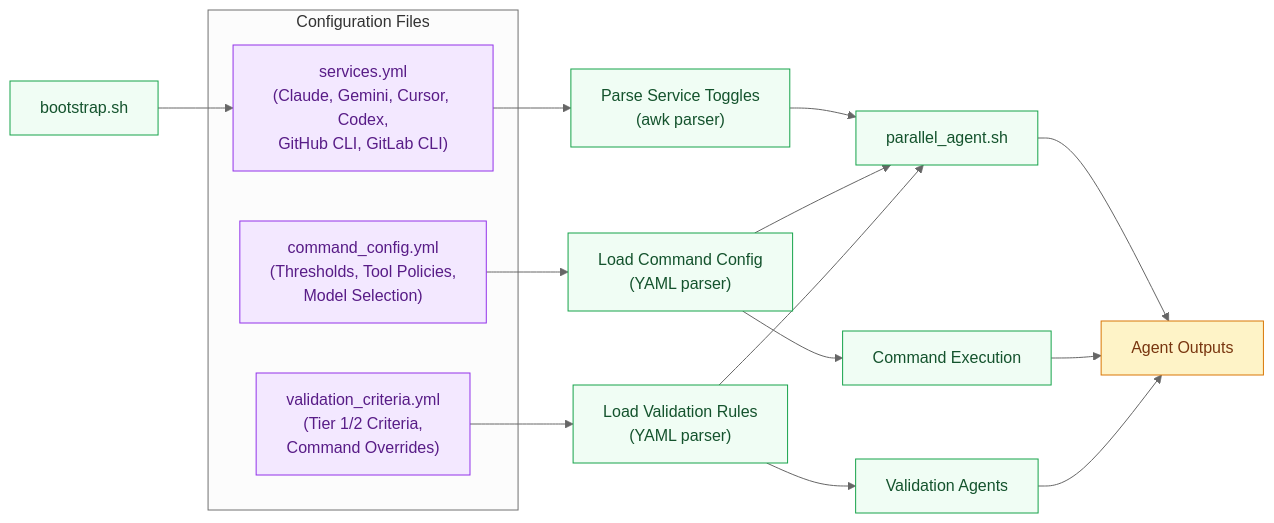
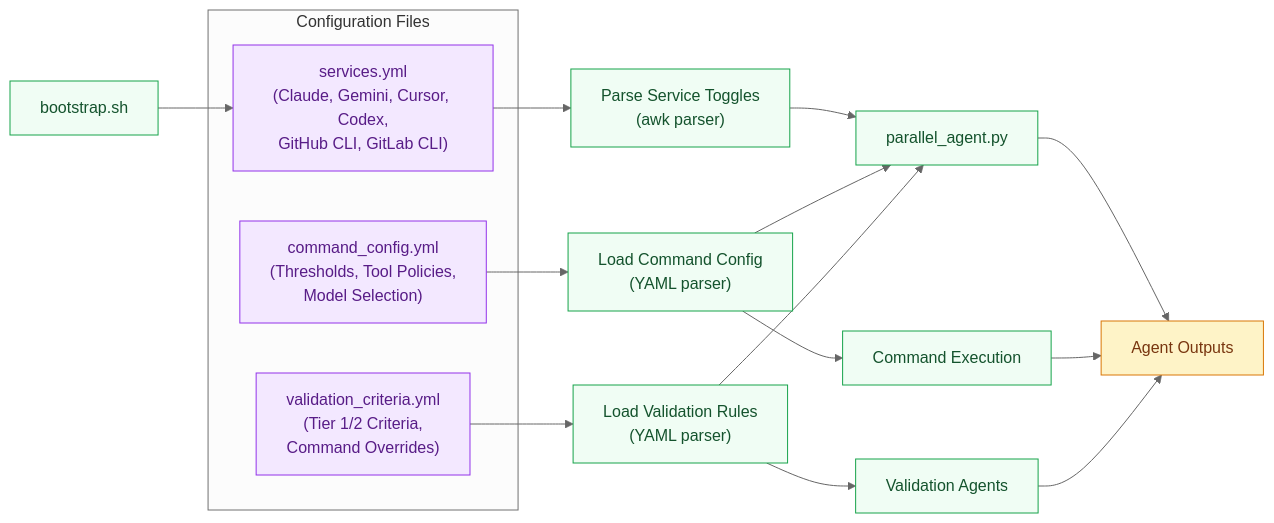
The ninth of 13 diagrams in docs/ARCHITECTURE_DIAGRAMS.md (RB-chrismandich/Manifest), drawn with Mermaid before and after one commit. The commit also changed other lines of this file and 55 other files, not shown here.

Commit message:
refactor: repoint live references parallel_agent.sh -> .py (#256)

````diff
--- a/docs/ARCHITECTURE_DIAGRAMS.md
+++ b/docs/ARCHITECTURE_DIAGRAMS.md
@@ -787,39 +787,39 @@
 ```mermaid
 %%{init: {'theme':'neutral'}}%%
 flowchart LR
     classDef config fill:#f3e8ff,stroke:#9333ea,color:#581c87
     classDef process fill:#f0fdf4,stroke:#16a34a,color:#14532d
     classDef output fill:#fef3c7,stroke:#d97706,color:#78350f
 
     BOOTSTRAP["bootstrap.sh"]:::process
 
     subgraph "Configuration Files"
         SERVICES["services.yml<br/>(Claude, Gemini, Cursor, Codex,<br/>GitHub CLI, GitLab CLI)"]:::config
         COMMAND_CFG["command_config.yml<br/>(Thresholds, Tool Policies,<br/>Model Selection)"]:::config
         VALIDATION["validation_criteria.yml<br/>(Tier 1/2 Criteria,<br/>Command Overrides)"]:::config
     end
 
     PARSE_SERVICES["Parse Service Toggles<br/>(awk parser)"]:::process
     PARSE_COMMAND["Load Command Config<br/>(YAML parser)"]:::process
     PARSE_VALID["Load Validation Rules<br/>(YAML parser)"]:::process
 
-    PARALLEL["parallel_agent.sh"]:::process
+    PARALLEL["parallel_agent.py"]:::process
     COMMANDS["Command Execution"]:::process
     VALIDATORS["Validation Agents"]:::process
 
     BOOTSTRAP --> SERVICES
     SERVICES --> PARSE_SERVICES
     PARSE_SERVICES --> PARALLEL
 
     COMMAND_CFG --> PARSE_COMMAND
     PARSE_COMMAND --> PARALLEL
     PARSE_COMMAND --> COMMANDS
 
     VALIDATION --> PARSE_VALID
     PARSE_VALID --> VALIDATORS
     PARSE_VALID --> PARALLEL
 
     PARALLEL --> RESULT["Agent Outputs"]:::output
     COMMANDS --> RESULT
     VALIDATORS --> RESULT
 ```
````
